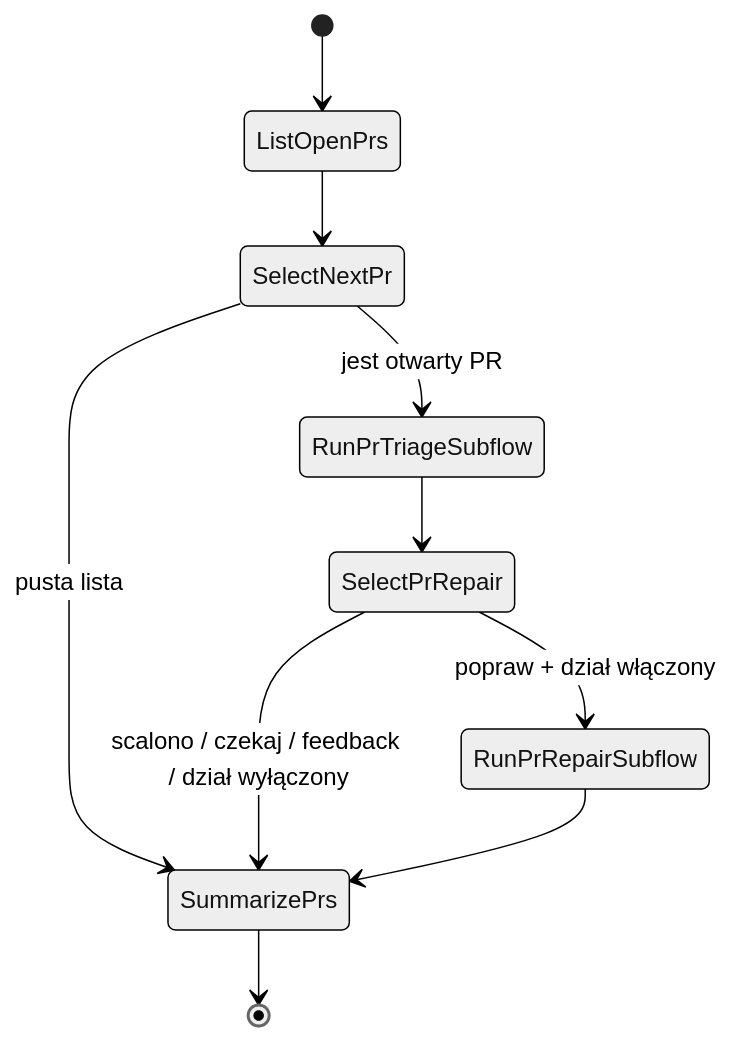
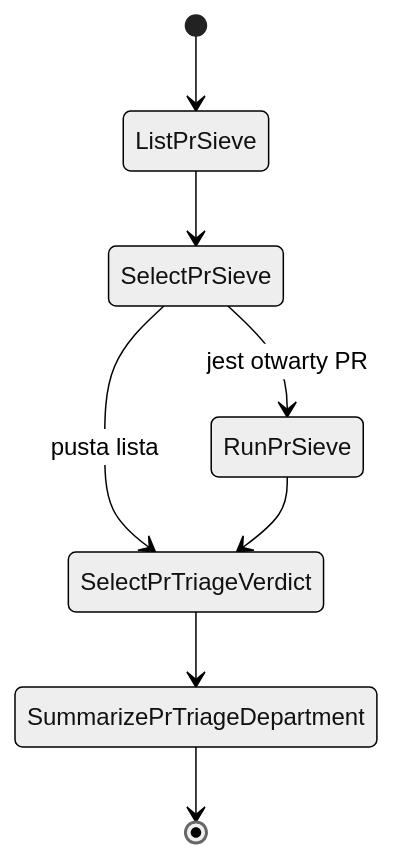
One commit to mikolaj92/lokay changed diagram 25 of 47 in README.md. Above: the diagram before and after it, drawn with Mermaid (neutral theme). The commit also changed other lines of this file and 27 other files, not shown here.

````diff
--- a/README.md
+++ b/README.md
@@ -700,12 +700,10 @@
 ```mermaid
 stateDiagram-v2
-    [*] --> ListOpenPrs
-    ListOpenPrs --> SelectNextPr
-    SelectNextPr --> RunPrTriageSubflow: jest otwarty PR
-    SelectNextPr --> SummarizePrs: pusta lista
-    RunPrTriageSubflow --> SelectPrRepair
-    SelectPrRepair --> RunPrRepairSubflow: popraw + dział włączony
-    SelectPrRepair --> SummarizePrs: scalono / czekaj / feedback / dział wyłączony
-    RunPrRepairSubflow --> SummarizePrs
-    SummarizePrs --> [*]
+    [*] --> ListPrSieve
+    ListPrSieve --> SelectPrSieve
+    SelectPrSieve --> RunPrSieve: jest otwarty PR
+    SelectPrSieve --> SelectPrTriageVerdict: pusta lista
+    RunPrSieve --> SelectPrTriageVerdict
+    SelectPrTriageVerdict --> SummarizePrTriageDepartment
+    SummarizePrTriageDepartment --> [*]
 ```
````
